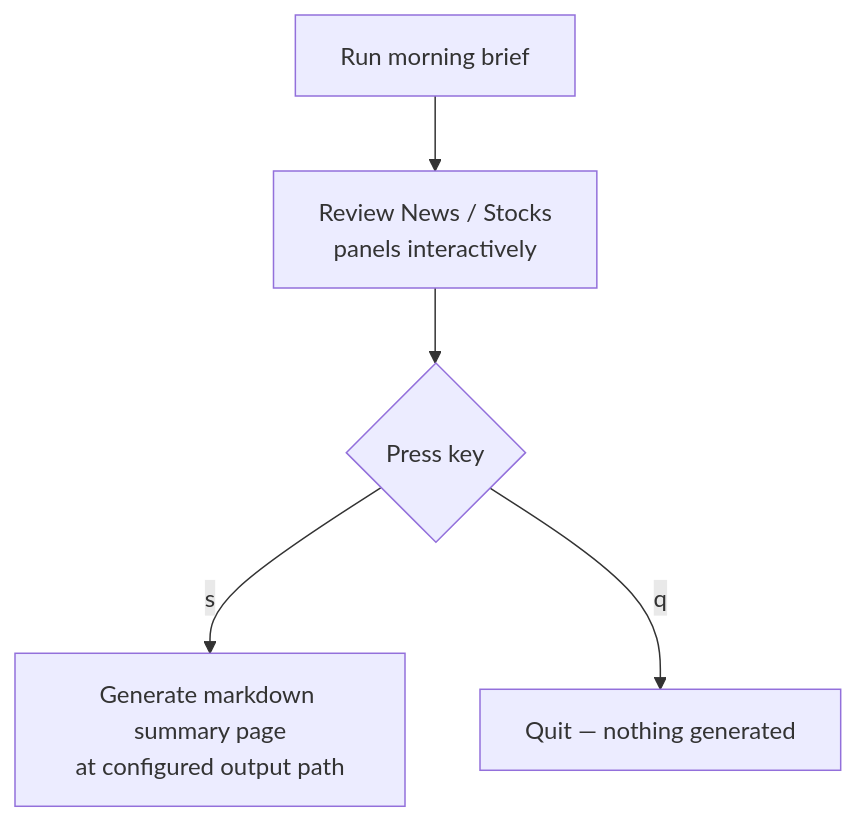
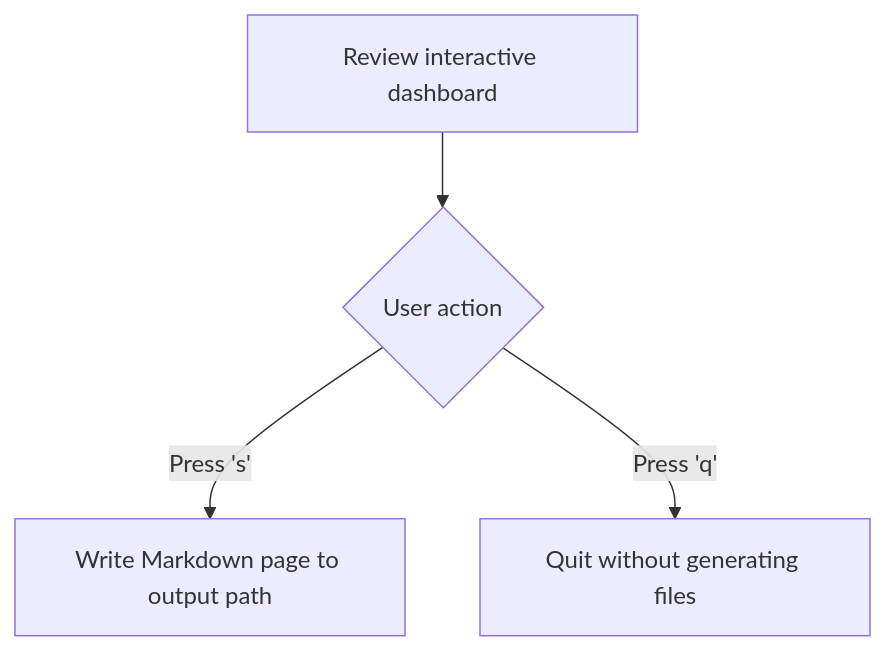
The third of 5 diagrams in docs/PRODUCT.md (toucham/morning-brief), drawn with Mermaid before and after one commit. The commit also changed other lines of this file and 16 other files, not shown here.

````diff
--- a/docs/PRODUCT.md
+++ b/docs/PRODUCT.md
@@ -94,7 +99,6 @@
 ```mermaid
 flowchart TD
-    A["Run morning brief"] --> B[Review News / Stocks<br>panels interactively]
-    B --> C{Press key}
-    C -->|"s"| D[Generate markdown summary page<br>at configured output path]
-    C -->|"q"| E[Quit — nothing generated]
+    A["Review interactive dashboard"] --> B{"User action"}
+    B -->|"Press 's'"| C["Write Markdown page to output path"]
+    B -->|"Press 'q'"| D["Quit without generating files"]
 ```
````
